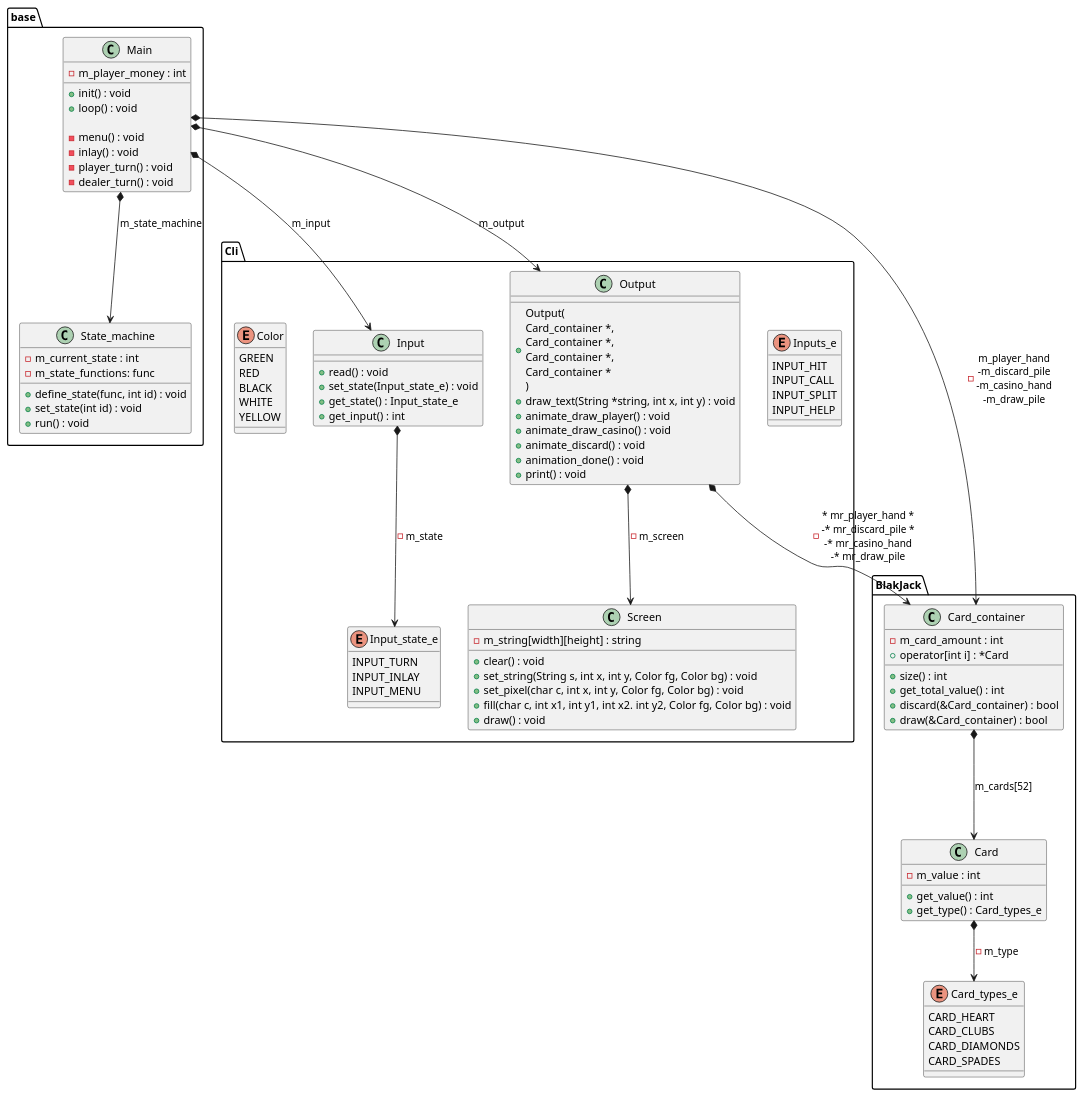
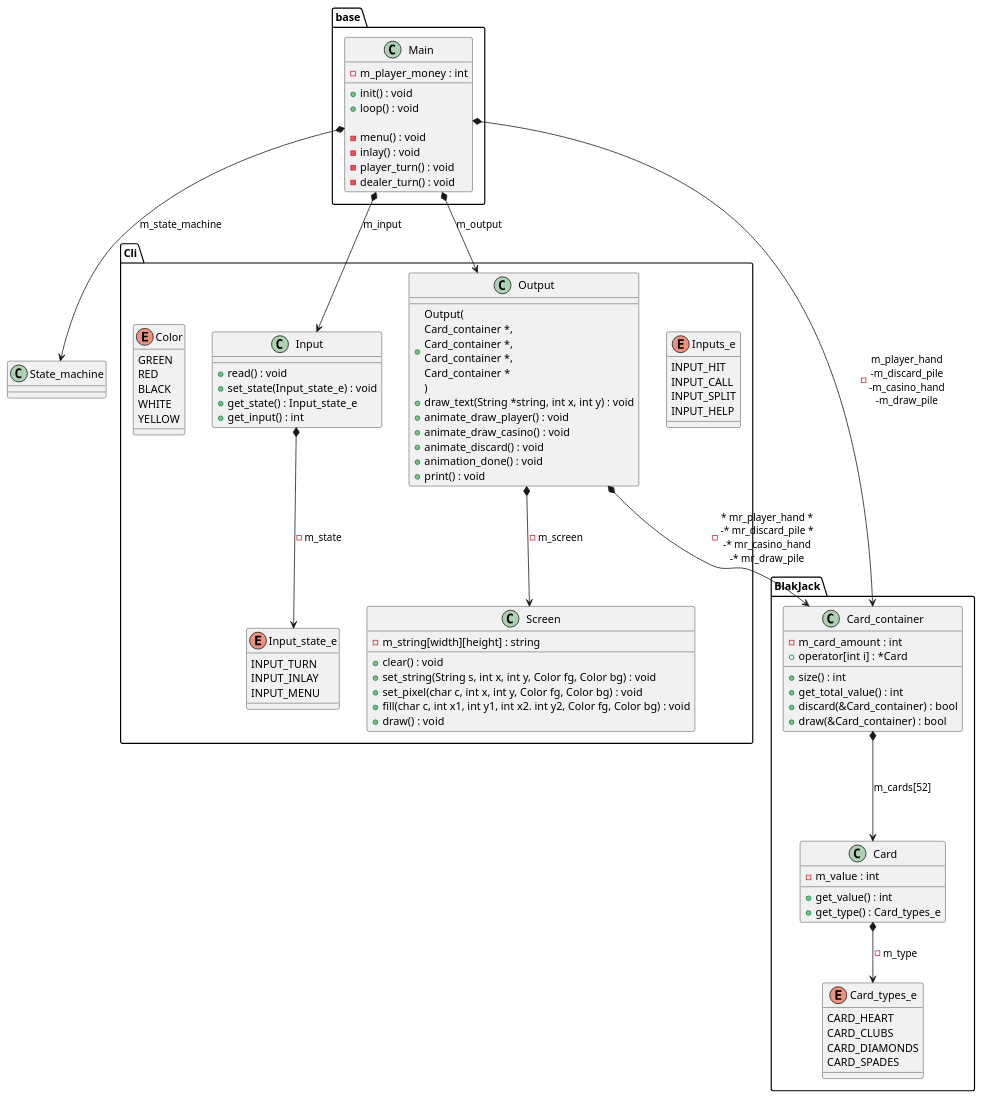
Before and after one commit to Noud-Janssen/oop_blackjack: the diagram in docs/class_diagram.wsd, drawn with PlantUML. The commit also changed 8 other files, not shown here.

Commit message:
Started implementing classes based on docs/class_diagram.wsd

```diff
--- a/docs/class_diagram.wsd
+++ b/docs/class_diagram.wsd
@@ -1,116 +1,108 @@
 @startuml class_diagram
 
 package base {
     class Main {
         -m_player_money : int
 		+init() : void
 		+loop() : void
 
 		-menu() : void
 		-inlay() : void
 		-player_turn() : void
 		-dealer_turn() : void
     }
-
-	class State_machine {
-		-m_current_state : int
-		-m_state_functions: func
-		+define_state(func, int id) : void
-		+set_state(int id) : void
-		+run() : void
-	}
 }
 
 Main *--> State_machine : m_state_machine
 
 package Cli {
     enum Input_state_e {
         INPUT_TURN
         INPUT_INLAY
         INPUT_MENU
     }
 
     enum Inputs_e {
         INPUT_HIT
         INPUT_CALL
         INPUT_SPLIT
         INPUT_HELP
     }
 
     class Input {
         +read() : void
         +set_state(Input_state_e) : void
         +get_state() : Input_state_e
         +get_input() : int
     }
 
 
     class Output {
         +Output(\nCard_container *,\nCard_container *,\nCard_container *,\nCard_container *\n)
 		+draw_text(String *string, int x, int y) : void
 		+animate_draw_player() : void
 		+animate_draw_casino() : void
 		+animate_discard() : void
 		+animation_done() : void
         +print() : void
     }
 
 	enum Color {
 		GREEN
 		RED
 		BLACK
 		WHITE
 		YELLOW
 	}
 
 	class Screen {
 		-m_string[width][height] : string
 		+clear() : void
 		+set_string(String s, int x, int y, Color fg, Color bg) : void
 		+set_pixel(char c, int x, int y, Color fg, Color bg) : void
 		+fill(char c, int x1, int y1, int x2. int y2, Color fg, Color bg) : void
 		+draw() : void
 	}
 }
 
 Output *--> Screen : -m_screen
 Input *--> Input_state_e : -m_state
 
 package BlakJack {
     enum Card_types_e {
         CARD_HEART
         CARD_CLUBS
         CARD_DIAMONDS
         CARD_SPADES
     }
 
     class Card_container {
         -m_card_amount : int
         +operator[int i] : *Card
 		+size() : int
         +get_total_value() : int
         +discard(&Card_container) : bool
         +draw(&Card_container) : bool
     }
 
     class Card {
         -m_value : int
         +get_value() : int
         +get_type() : Card_types_e
 	}
 
     Card *--> Card_types_e : -m_type
     Card_container *---> Card : m_cards[52]
 
 }
 
 
 
 Main *--> Card_container : -m_player_hand\n-m_discard_pile\n-m_casino_hand\n-m_draw_pile
 Main *--> Input : m_input
 Main *--> Output : m_output
 
 Output *--> Card_container : -* mr_player_hand *\n-* mr_discard_pile *\n-* mr_casino_hand\n-* mr_draw_pile
 
 
 @enduml
```
